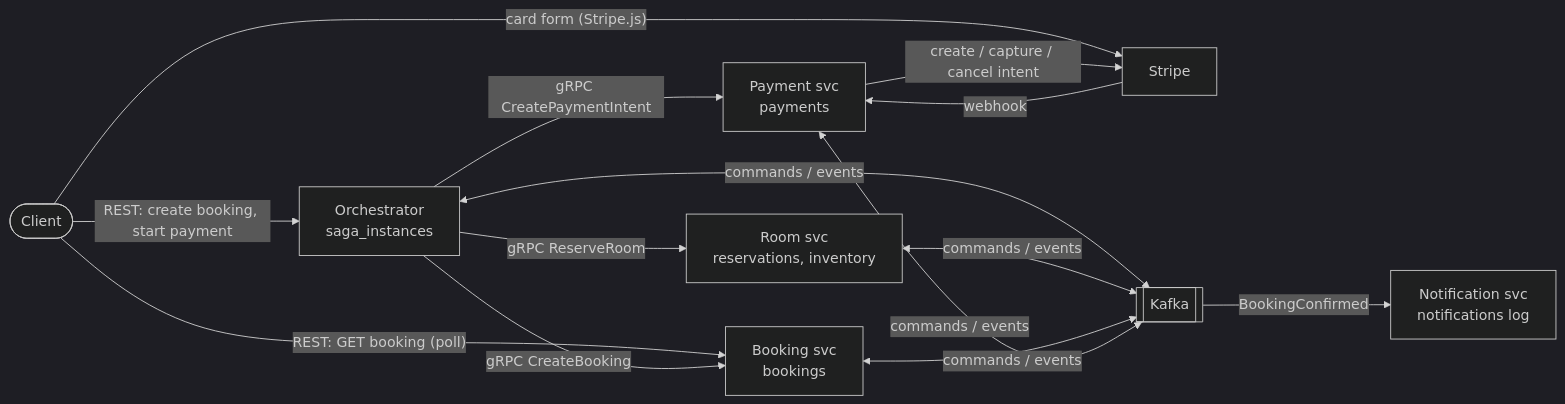
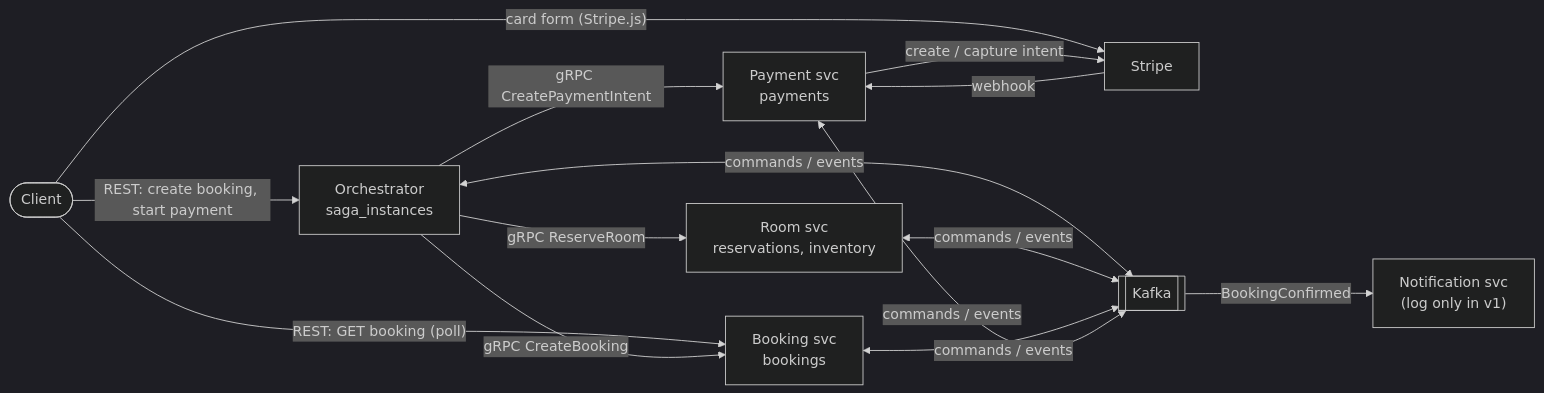
Before and after one commit to TranQuangPhong/hotel-booking-hexagon: the first of 2 diagrams in doc/uc1-create-booking/README.md, drawn with Mermaid (dark theme). The commit also changed other lines of this file and 12 other files, not shown here.

````diff
--- a/doc/uc1-create-booking/README.md
+++ b/doc/uc1-create-booking/README.md
@@ -24,25 +24,25 @@
 ```mermaid
 flowchart LR
     C(["Client"])
     S["Stripe"]
     O["Orchestrator<br/>saga_instances"]
     R["Room svc<br/>reservations, inventory"]
     B["Booking svc<br/>bookings"]
     P["Payment svc<br/>payments"]
-    N["Notification svc<br/>notifications log"]
+    N["Notification svc<br/>(log only in v1)"]
     K[["Kafka"]]
 
     C -- "REST: create booking, start payment" --> O
     C -- "REST: GET booking (poll)" --> B
     C -- "card form (Stripe.js)" --> S
     O -- "gRPC ReserveRoom" --> R
     O -- "gRPC CreateBooking" --> B
     O -- "gRPC CreatePaymentIntent" --> P
-    P -- "create / capture / cancel intent" --> S
+    P -- "create / capture intent" --> S
     S -- "webhook" --> P
     O <-- "commands / events" --> K
     R <-- "commands / events" --> K
     B <-- "commands / events" --> K
     P <-- "commands / events" --> K
     K -- "BookingConfirmed" --> N
 ```
````
